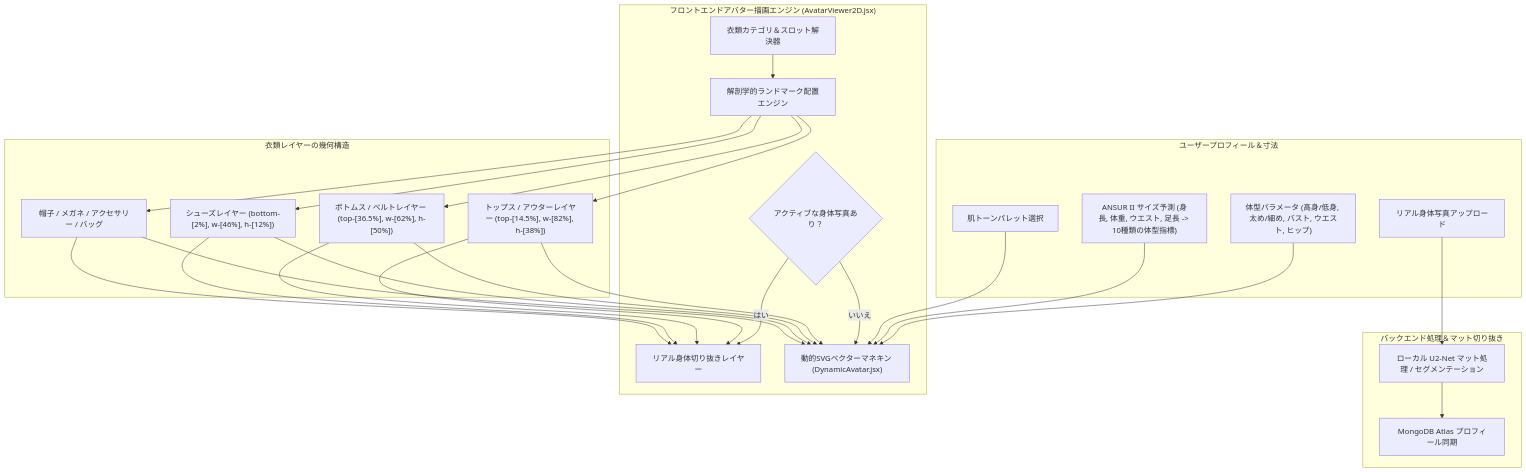
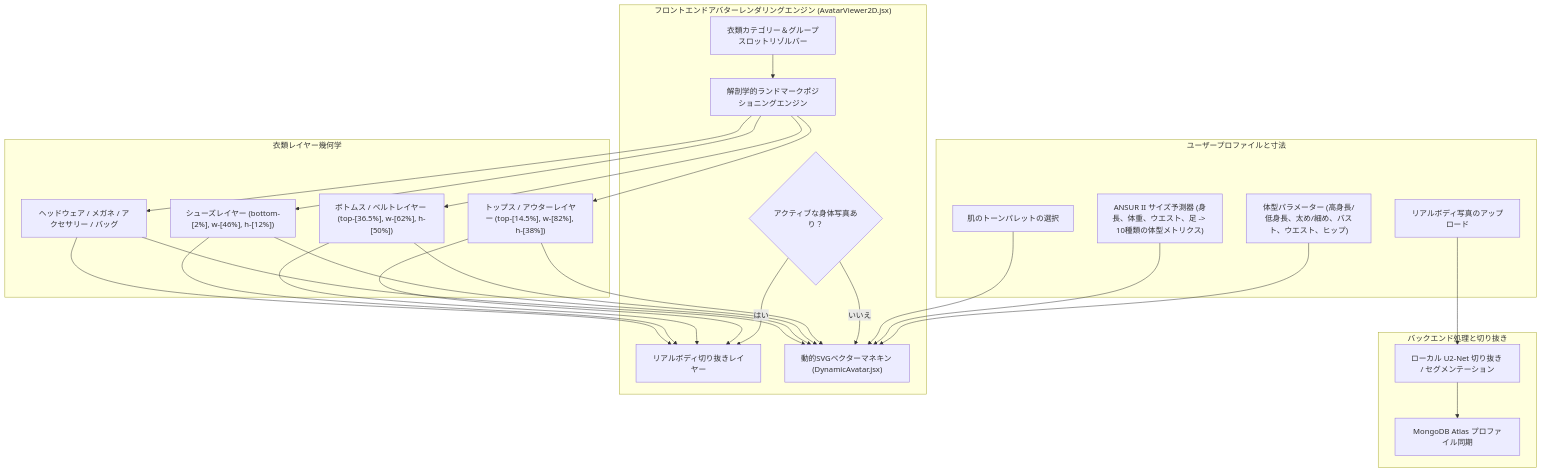
The diagram in wiki/ja/Avatar.md (Yoram-Jacobs/DressAppV1), drawn with Mermaid before and after one commit. The commit also changed other lines of this file and 11 other files, not shown here.

Commit message:
docs(i18n): translate Avatar.md architecture guide across all 12 supported languages

````diff
--- a/wiki/ja/Avatar.md
+++ b/wiki/ja/Avatar.md
@@ -17,41 +17,41 @@
 ```mermaid
 flowchart TD
-    subgraph UserProfile["ユーザープロフィール＆寸法"]
-        U_Photo["リアル身体写真アップロード"]
-        U_Tone["肌トーンパレット選択"]
-        U_Params["体型パラメータ (高身/低身, 太め/細め, バスト, ウエスト, ヒップ)"]
-        U_Sizing["ANSUR II サイズ予測 (身長, 体重, ウエスト, 足長 -> 10種類の体型指標)"]
+    subgraph UserProfile["ユーザープロファイルと寸法"]
+        U_Photo["リアルボディ写真のアップロード"]
+        U_Tone["肌のトーンパレットの選択"]
+        U_Params["体型パラメーター (高身長/低身長、太め/細め、バスト、ウエスト、ヒップ)"]
+        U_Sizing["ANSUR II サイズ予測器 (身長、体重、ウエスト、足 -> 10種類の体型メトリクス)"]
     end
 
-    subgraph BackendIngest["バックエンド処理＆マット切り抜き"]
-        Rembg["ローカル U2-Net マット処理 / セグメンテーション"]
-        Mongo["MongoDB Atlas プロフィール同期"]
+    subgraph BackendIngest["バックエンド処理と切り抜き"]
+        Rembg["ローカル U2-Net 切り抜き / セグメンテーション"]
+        Mongo["MongoDB Atlas プロファイル同期"]
     end
 
-    subgraph AvatarEngine["フロントエンドアバター描画エンジン (AvatarViewer2D.jsx)"]
+    subgraph AvatarEngine["フロントエンドアバターレンダリングエンジン (AvatarViewer2D.jsx)"]
         ModeCheck{"アクティブな身体写真あり？"}
-        PhotoView["リアル身体切り抜きレイヤー"]
+        PhotoView["リアルボディ切り抜きレイヤー"]
         MannequinView["動的SVGベクターマネキン (DynamicAvatar.jsx)"]
         
-        GarmentResolver["衣類カテゴリ＆スロット解決器"]
-        LandmarkCalc["解剖学的ランドマーク配置エンジン"]
+        GarmentResolver["衣類カテゴリー＆グループスロットリゾルバー"]
+        LandmarkCalc["解剖学的ランドマークポジショニングエンジン"]
     end
 
-    subgraph OverlayGeometry["衣類レイヤーの幾何構造"]
+    subgraph OverlayGeometry["衣類レイヤー幾何学"]
         TopLayer["トップス / アウターレイヤー (top-[14.5%], w-[82%], h-[38%])"]
         BottomLayer["ボトムス / ベルトレイヤー (top-[36.5%], w-[62%], h-[50%])"]
         ShoesLayer["シューズレイヤー (bottom-[2%], w-[46%], h-[12%])"]
-        AccessoryLayers["帽子 / メガネ / アクセサリー / バッグ"]
+        AccessoryLayers["ヘッドウェア / メガネ / アクセサリー / バッグ"]
     end
 
     U_Photo --> Rembg --> Mongo
     U_Params & U_Sizing --> MannequinView
     U_Tone --> MannequinView
     
     ModeCheck -- はい --> PhotoView
     ModeCheck -- いいえ --> MannequinView
 
     GarmentResolver --> LandmarkCalc
     LandmarkCalc --> TopLayer & BottomLayer & ShoesLayer & AccessoryLayers
     TopLayer & BottomLayer & ShoesLayer & AccessoryLayers --> PhotoView & MannequinView
 ```
````
